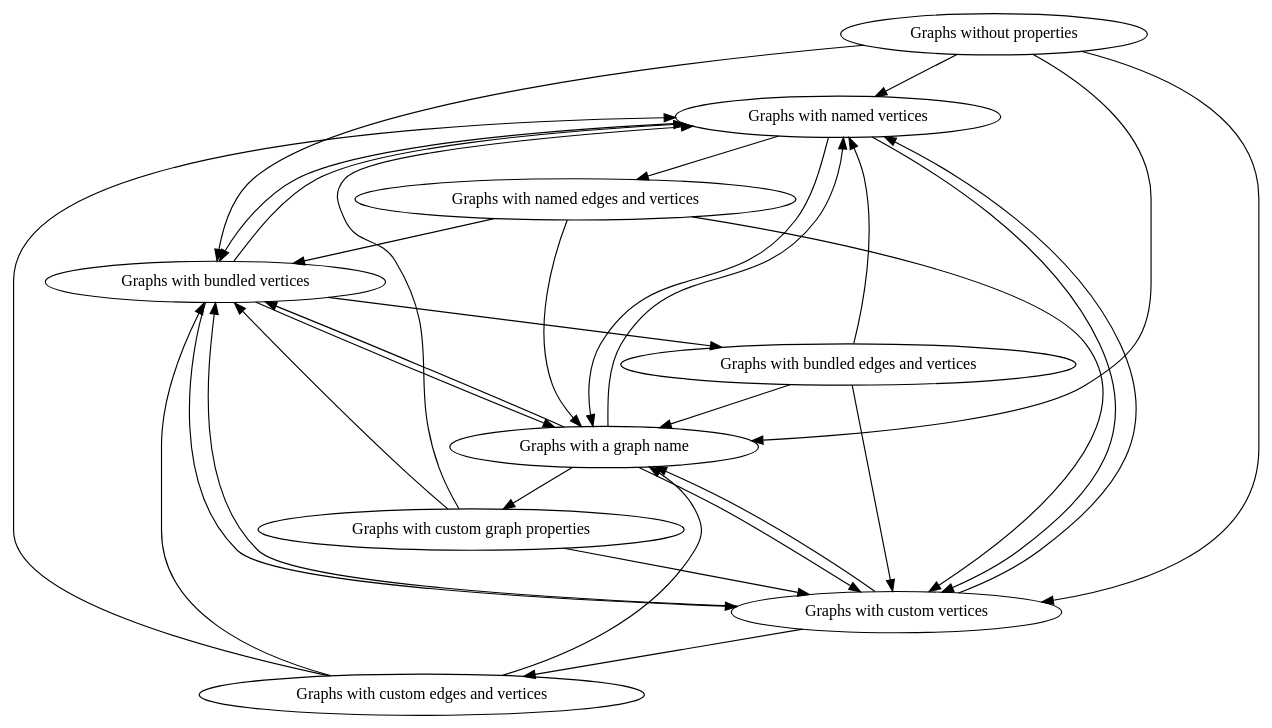
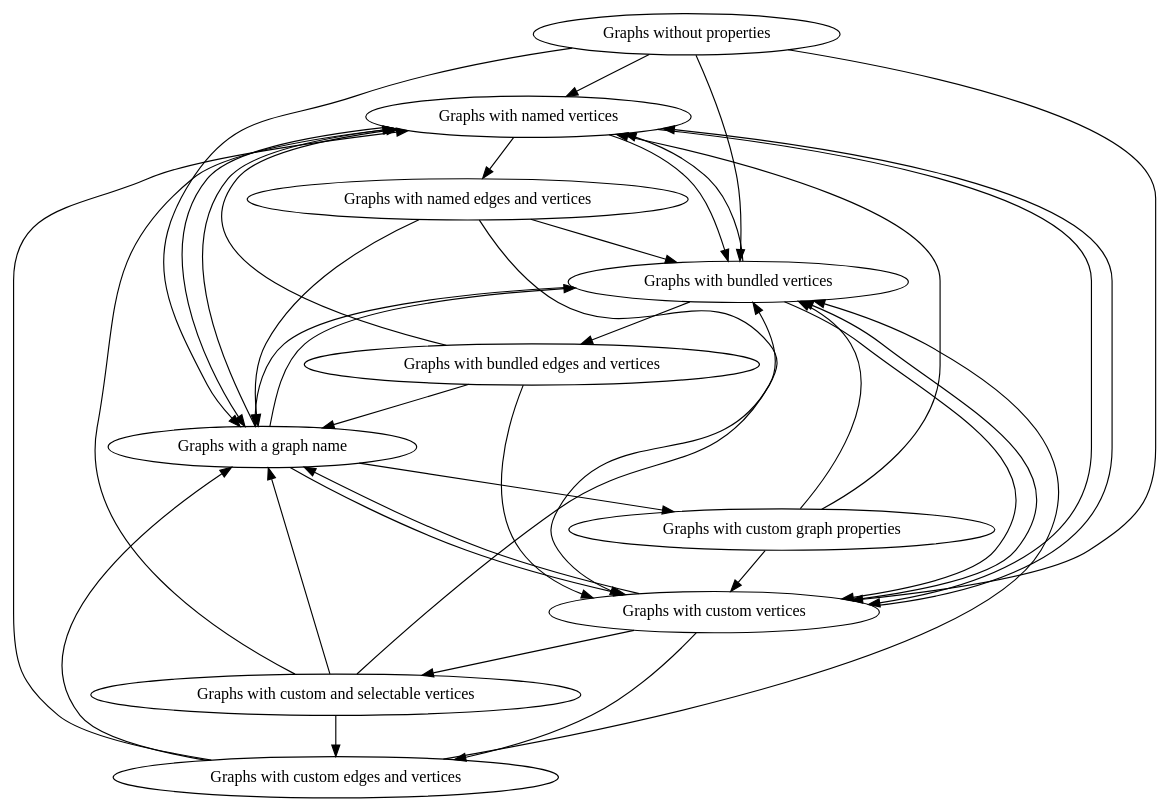
The diagram in BoostGraphTutorial/create_tutorial_chapters_graph.dot (richelbilderbeek/boost_graph_cookbook_1), drawn with Graphviz before and after one commit. The commit also changed 35 other files, not shown here.

```diff
--- a/BoostGraphTutorial/create_tutorial_chapters_graph.dot
+++ b/BoostGraphTutorial/create_tutorial_chapters_graph.dot
@@ -1,43 +1,49 @@
 digraph G {
 0[label="Graphs without properties"];
 1[label="Graphs with named vertices"];
 2[label="Graphs with named edges and vertices"];
 3[label="Graphs with bundled vertices"];
 4[label="Graphs with bundled edges and vertices"];
 5[label="Graphs with custom vertices"];
-6[label="Graphs with custom edges and vertices"];
-7[label="Graphs with a graph name"];
-8[label="Graphs with custom graph properties"];
+6[label="Graphs with custom and selectable vertices"];
+7[label="Graphs with custom edges and vertices"];
+8[label="Graphs with a graph name"];
+9[label="Graphs with custom graph properties"];
 0->1 ;
 0->3 ;
 0->5 ;
-0->7 ;
+0->8 ;
 1->2 ;
 1->3 ;
 1->5 ;
-1->7 ;
+1->8 ;
 2->3 ;
 2->5 ;
-2->7 ;
+2->8 ;
 3->1 ;
 3->4 ;
 3->5 ;
-3->7 ;
+3->8 ;
 4->1 ;
 4->5 ;
-4->7 ;
+4->8 ;
 5->1 ;
 5->3 ;
+5->7 ;
 5->6 ;
-5->7 ;
+5->8 ;
 6->1 ;
 6->3 ;
 6->7 ;
+6->8 ;
 7->1 ;
 7->3 ;
-7->5 ;
 7->8 ;
 8->1 ;
 8->3 ;
 8->5 ;
+8->9 ;
+9->1 ;
+9->3 ;
+9->5 ;
 }
```
